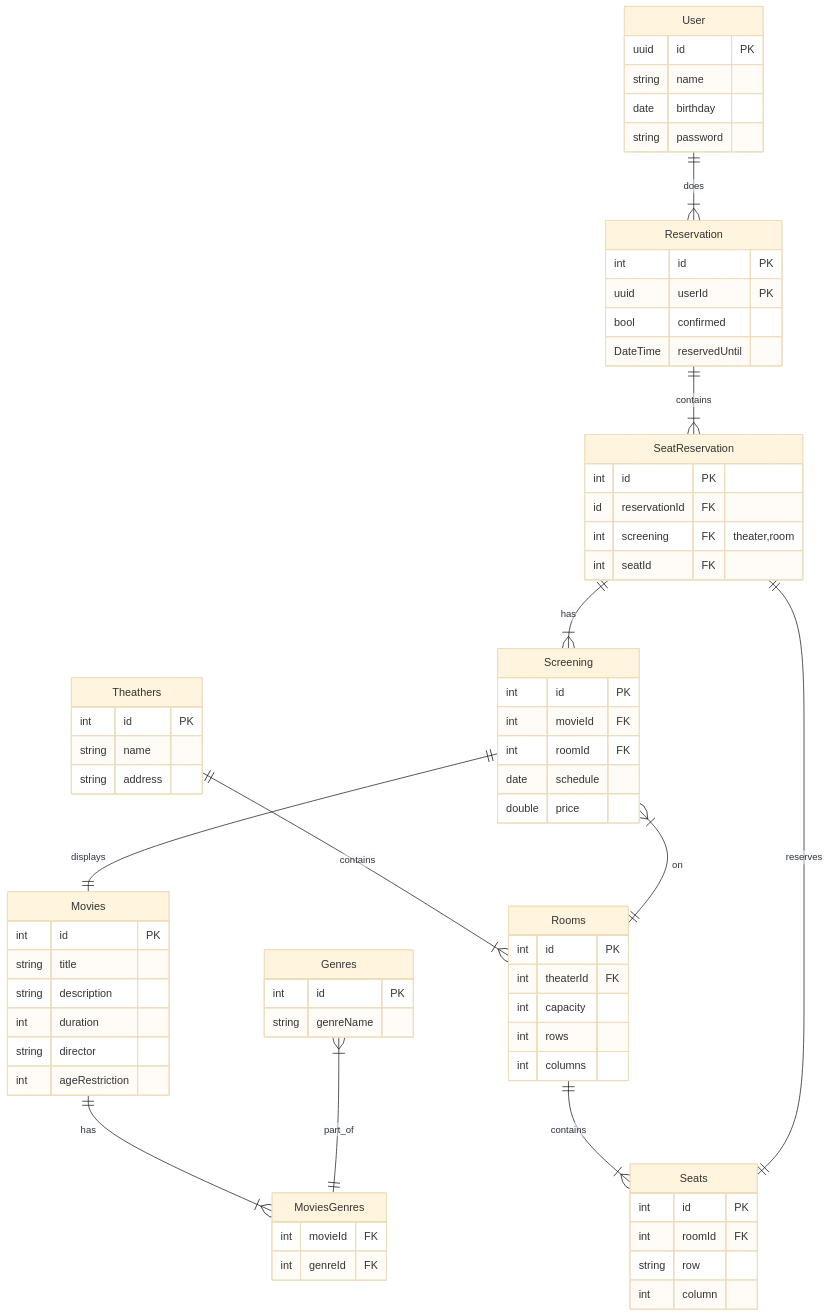
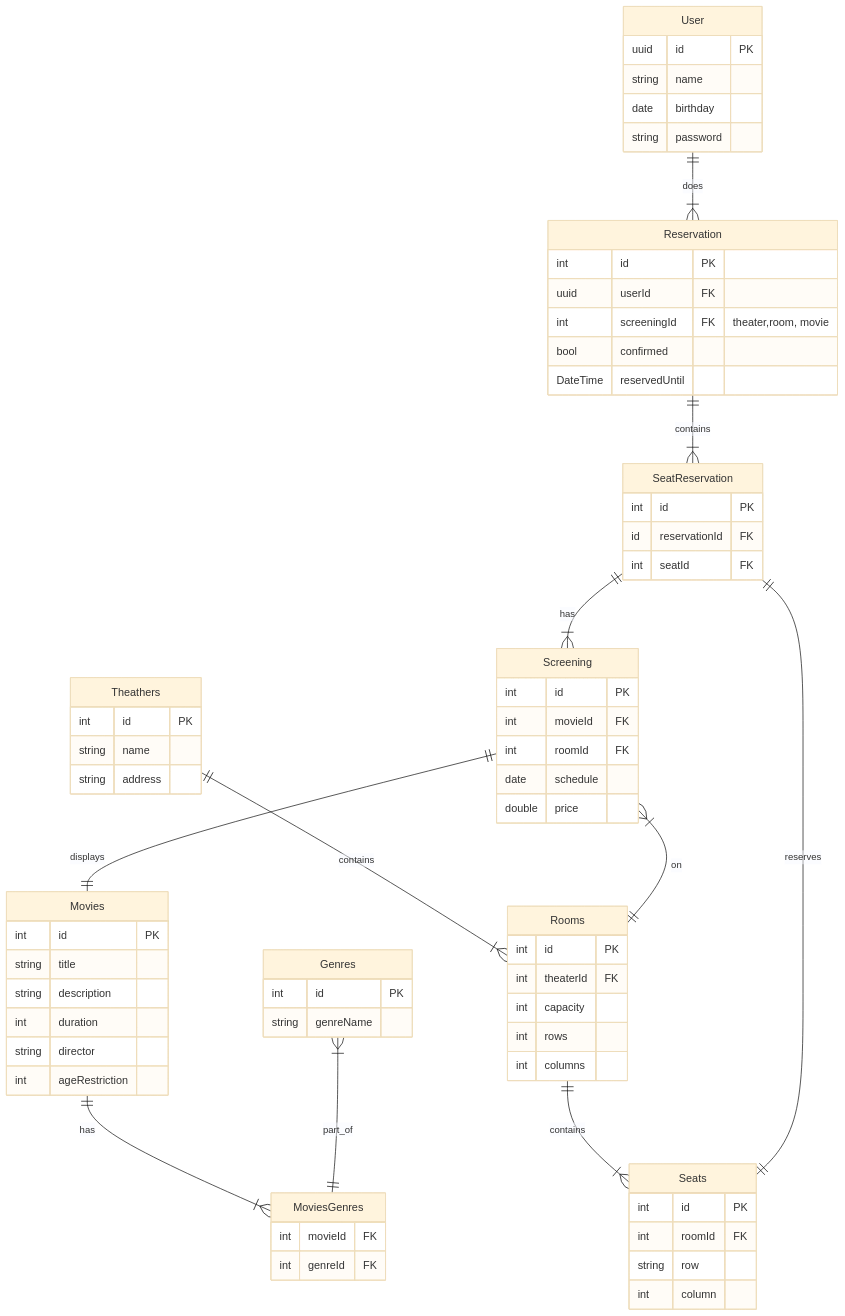
One commit to thiagoclassen/CinemaTicketing changed the diagram in modelling.mmd. Above: the diagram before and after it, drawn with Mermaid (base theme). The commit also changed 22 other files, not shown here.

```diff
--- a/modelling.mmd
+++ b/modelling.mmd
@@ -1,71 +1,71 @@
 erDiagram
     m[Movies] {
         int id PK
         string title
         string description
         int duration
         string director
         int ageRestriction
     }
     mg[MoviesGenres] {
         int movieId FK
         int genreId FK
     }
     g[Genres] {
         int id PK
         string genreName
     }
     t[Theathers] {
         int id PK
         string name
         string address
     }
     r[Rooms] {
         int id PK
         int theaterId FK
         int capacity
         int rows
         int columns
     }
     s[Seats] {
         int id PK
         int roomId FK
         string row
         int column
     }
     sc[Screening] {
         int id PK
         int movieId FK
         int roomId FK
         date schedule
         double price
     }
     rs[Reservation] {
         int id PK
-        uuid userId PK
+        uuid userId FK
+        int screeningId FK "theater,room, movie"
         bool confirmed
         DateTime reservedUntil
     }
     usr[User] {
         uuid id PK
         string name
         date birthday
         string password
     }
     sr[SeatReservation] {
         int id PK
         id reservationId FK
-        int screening FK "theater,room"
         int seatId FK
     }
 
     m 1 to many(1) mg: has
     g many(1) to 1 mg: part_of
     t 1 to many(1) r: contains
     r 1 to many(1) s: contains
     sc 1 to 1 m: displays
     sc many(1) to 1 r: on
     usr 1 to 1+ rs: does
     rs 1 to many(1) sr: contains
     sr 1 to 1+ sc: has
     sr 1 to 1 s: reserves
```
